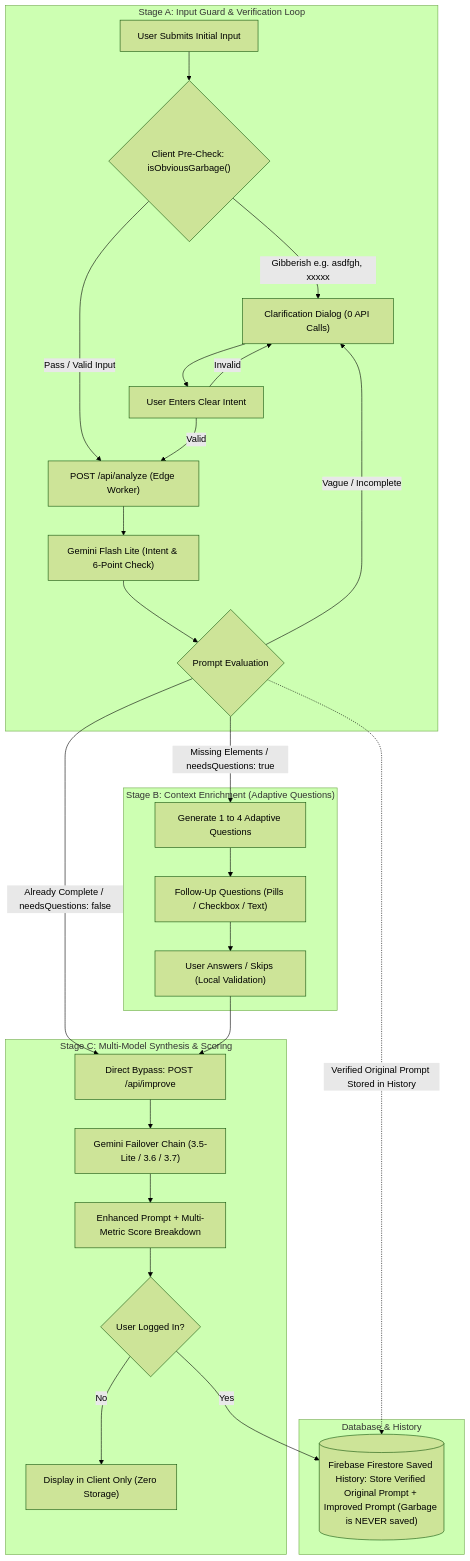
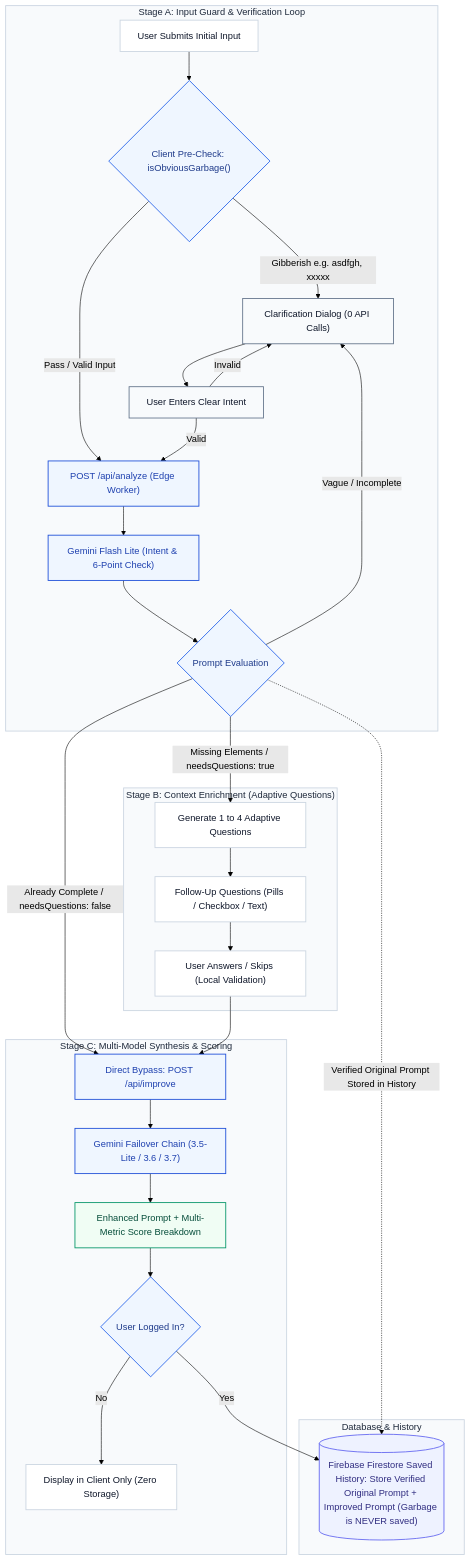
The second of 2 diagrams in README.md (Naseem2917/PromptWise), drawn with Mermaid (forest theme) before and after one commit. The commit also changed other lines of this file and 3 other files, not shown here.

Commit message:
refactor: enhance documentation architecture diagrams and add SEO metadata with sitemap and robots configuration

````diff
--- a/README.md
+++ b/README.md
@@ -171,38 +164,56 @@
 ```mermaid
 graph TD
+    classDef default fill:#FFFFFF,stroke:#CBD5E1,stroke-width:1.5px,color:#0F172A;
+    classDef decision fill:#EFF6FF,stroke:#2563EB,stroke-width:1.5px,color:#1E3A8A;
+    classDef neutral fill:#F8FAFC,stroke:#64748B,stroke-width:1.5px,color:#0F172A;
+    classDef success fill:#F0FDF4,stroke:#059669,stroke-width:1.5px,color:#064E3B;
+    classDef edgeWorker fill:#EFF6FF,stroke:#1D4ED8,stroke-width:1.5px,color:#1E40AF;
+    classDef db fill:#EEF2FF,stroke:#6366F1,stroke-width:1.5px,color:#312E81;
+
     subgraph StageA["Stage A: Input Guard & Verification Loop"]
         A["User Submits Initial Input"] --> B{"Client Pre-Check: isObviousGarbage()"}
         
         B -->|Gibberish e.g. asdfgh, xxxxx| C["Clarification Dialog (0 API Calls)"]
         B -->|Pass / Valid Input| E["POST /api/analyze (Edge Worker)"]
         
         C --> D["User Enters Clear Intent"]
         D -->|Invalid| C
         D -->|Valid| E
         
         E --> F["Gemini Flash Lite (Intent & 6-Point Check)"]
         F --> G{"Prompt Evaluation"}
         
         G -->|Vague / Incomplete| C
     end
 
     subgraph StageB["Stage B: Context Enrichment (Adaptive Questions)"]
         G -->|Missing Elements / needsQuestions: true| H["Generate 1 to 4 Adaptive Questions"]
         H --> I["Follow-Up Questions (Pills / Checkbox / Text)"]
         I --> J["User Answers / Skips (Local Validation)"]
     end
 
     subgraph StageC["Stage C: Multi-Model Synthesis & Scoring"]
         G -->|Already Complete / needsQuestions: false| K["Direct Bypass: POST /api/improve"]
         J --> K
         K --> L["Gemini Failover Chain (3.5-Lite / 3.6 / 3.7)"]
         L --> M["Enhanced Prompt + Multi-Metric Score Breakdown"]
         M --> N{"User Logged In?"}
         N -->|No| O["Display in Client Only (Zero Storage)"]
     end
 
     subgraph Storage["Database & History"]
         G -.->|Verified Original Prompt Stored in History| P[("Firebase Firestore Saved History: Store Verified Original Prompt + Improved Prompt (Garbage is NEVER saved)")]
         N -->|Yes| P
     end
+
+    class B,G,N decision;
+    class C,D neutral;
+    class E,F,K,L edgeWorker;
+    class M success;
+    class P db;
+
+    style StageA fill:#F8FAFC,stroke:#CBD5E1,stroke-width:1.5px,color:#1E293B
+    style StageB fill:#F8FAFC,stroke:#CBD5E1,stroke-width:1.5px,color:#1E293B
+    style StageC fill:#F8FAFC,stroke:#CBD5E1,stroke-width:1.5px,color:#1E293B
+    style Storage fill:#F8FAFC,stroke:#CBD5E1,stroke-width:1.5px,color:#1E293B
 ```
````
